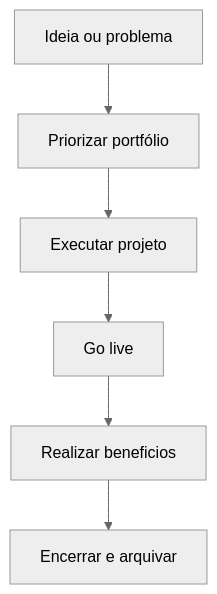
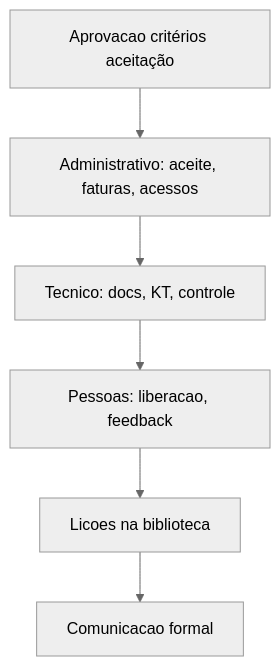
One commit to cleberhensel/logisticon-academy changed the third of 4 diagrams in aulas/trilha-melhoria-continua-e-processos/modulo-04-gestao-de-projetos-logisticos/aula-03-pmo-beneficios-encerramento.md. Above: the diagram before and after it, drawn with Mermaid (neutral theme). The commit also changed other lines of this file and 122 other files, not shown here.

````diff
--- a/aulas/trilha-melhoria-continua-e-processos/modulo-04-gestao-de-projetos-logisticos/aula-03-pmo-beneficios-encerramento.md
+++ b/aulas/trilha-melhoria-continua-e-processos/modulo-04-gestao-de-projetos-logisticos/aula-03-pmo-beneficios-encerramento.md
@@ -46,10 +220,10 @@
 ```mermaid
 flowchart TB
-  I[Ideia ou problema]
-  P[Priorizar portfólio]
-  E[Executar projeto]
-  G[Go live]
-  B[Realizar beneficios]
-  L[Encerrar e arquivar]
-  I --> P --> E --> G --> B --> L
+  Goal[Aprovacao critérios aceitação]
+  Adm[Administrativo: aceite, faturas, acessos]
+  Tec[Tecnico: docs, KT, controle]
+  Pes[Pessoas: liberacao, feedback]
+  Lic[Licoes na biblioteca]
+  Com[Comunicacao formal]
+  Goal --> Adm --> Tec --> Pes --> Lic --> Com
 ```
````
